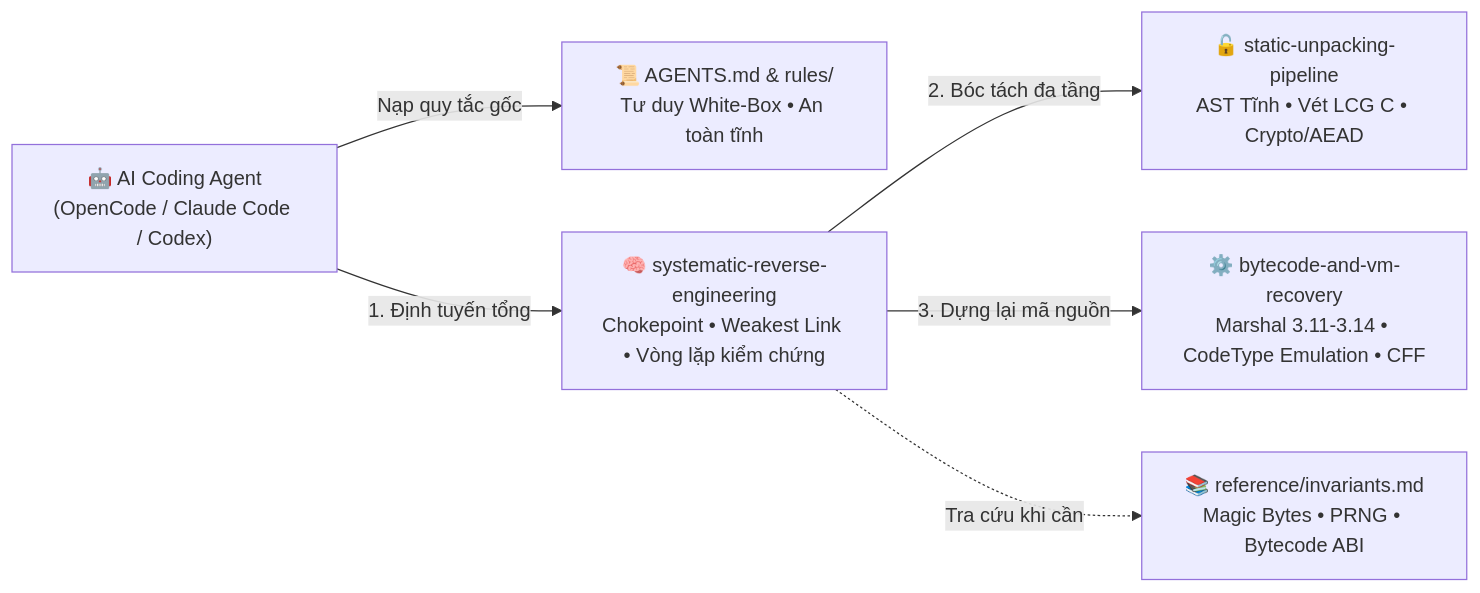
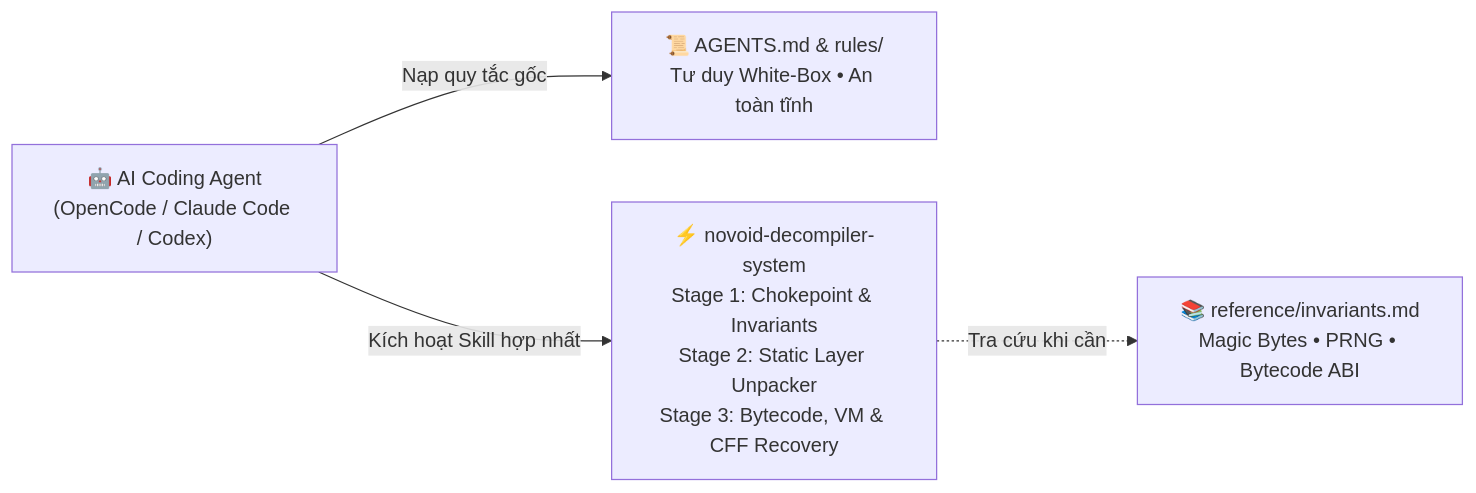
One commit to hanovoid/novoid-decompiler-system changed the diagram in README.md. Above: the diagram before and after it, drawn with Mermaid. The commit also changed other lines of this file and 8 other files, not shown here.

Commit message:
feat: consolidate into unified novoid-decompiler-system skill (v1.1.0)

````diff
--- a/README.md
+++ b/README.md
@@ -19,8 +19,6 @@
 ```mermaid
 flowchart LR
     Agent["🤖 AI Coding Agent<br/>(OpenCode / Claude Code / Codex)"] -->|"Nạp quy tắc gốc"| Rules["📜 AGENTS.md & rules/<br/>Tư duy White-Box • An toàn tĩnh"]
-    Agent -->|"1. Định tuyến tổng"| S1["🧠 systematic-reverse-engineering<br/>Chokepoint • Weakest Link • Vòng lặp kiểm chứng"]
-    S1 -->|"2. Bóc tách đa tầng"| S2["🔓 static-unpacking-pipeline<br/>AST Tĩnh • Vét LCG C • Crypto/AEAD"]
-    S1 -->|"3. Dựng lại mã nguồn"| S3["⚙️ bytecode-and-vm-recovery<br/>Marshal 3.11-3.14 • CodeType Emulation • CFF"]
+    Agent -->|"Kích hoạt Skill hợp nhất"| S1["⚡ novoid-decompiler-system<br/>Stage 1: Chokepoint & Invariants<br/>Stage 2: Static Layer Unpacker<br/>Stage 3: Bytecode, VM & CFF Recovery"]
     S1 -.->|"Tra cứu khi cần"| Ref["📚 reference/invariants.md<br/>Magic Bytes • PRNG • Bytecode ABI"]
 ```
````
